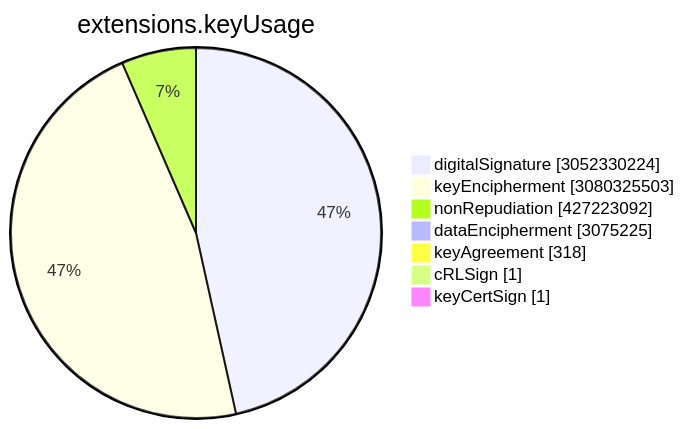
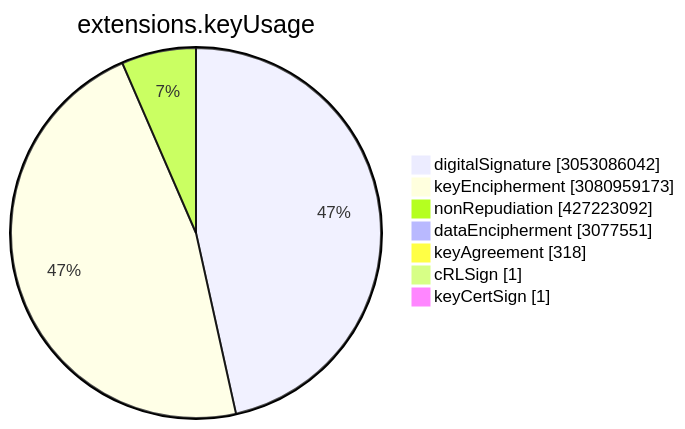
The sixth of 15 diagrams in TOTAL/README.md (christiankrug/ctmonitor_visualization), drawn with Mermaid before and after one commit. The commit also changed other lines of this file, not shown here.

````diff
--- a/TOTAL/README.md
+++ b/TOTAL/README.md
@@ -3075,11 +3075,11 @@
 ```mermaid
 pie showData
 title extensions.keyUsage
-"digitalSignature" :3052330224
-"keyEncipherment" :3080325503
+"digitalSignature" :3053086042
+"keyEncipherment" :3080959173
 "nonRepudiation" :427223092
-"dataEncipherment" :3075225
+"dataEncipherment" :3077551
 "keyAgreement" :318
 "cRLSign" :1
 "keyCertSign" :1
 ```
````
